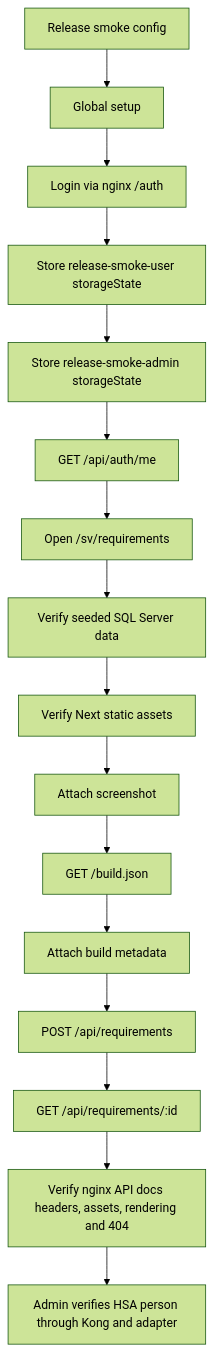
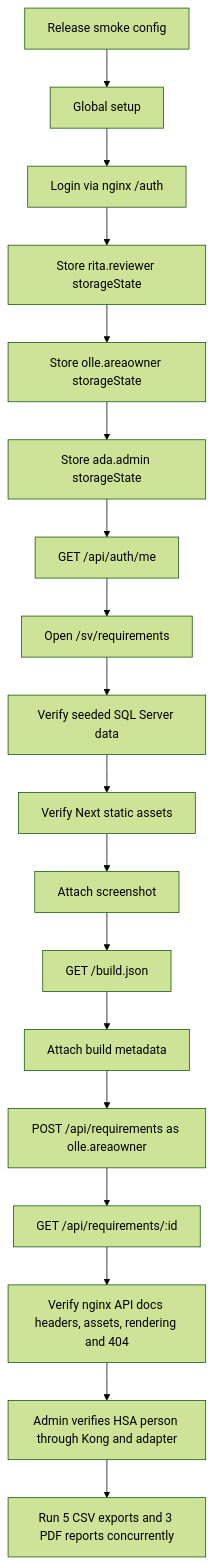
The first of 4 diagrams in tests/release-smoke/release-smoke.md (johlju/Kravhantering), drawn with Mermaid (forest theme) before and after one commit. The commit also changed other lines of this file and 83 other files, not shown here.

````diff
--- a/tests/release-smoke/release-smoke.md
+++ b/tests/release-smoke/release-smoke.md
@@ -38,18 +38,20 @@
 ```mermaid
 flowchart TD
     A[Release smoke config] --> B[Global setup]
     B --> C[Login via nginx /auth]
-    C --> D[Store release-smoke-user storageState]
-    D --> E[Store release-smoke-admin storageState]
-    E --> F[GET /api/auth/me]
-    F --> G[Open /sv/requirements]
-    G --> H[Verify seeded SQL Server data]
-    H --> I[Verify Next static assets]
-    I --> J[Attach screenshot]
-    J --> K[GET /build.json]
-    K --> L[Attach build metadata]
-    L --> M[POST /api/requirements]
-    M --> N[GET /api/requirements/:id]
-    N --> O[Verify nginx API docs headers, assets, rendering and 404]
-    O --> P[Admin verifies HSA person through Kong and adapter]
+    C --> D[Store rita.reviewer storageState]
+    D --> E[Store olle.areaowner storageState]
+    E --> F[Store ada.admin storageState]
+    F --> G[GET /api/auth/me]
+    G --> H[Open /sv/requirements]
+    H --> I[Verify seeded SQL Server data]
+    I --> J[Verify Next static assets]
+    J --> K[Attach screenshot]
+    K --> L[GET /build.json]
+    L --> M[Attach build metadata]
+    M --> N[POST /api/requirements as olle.areaowner]
+    N --> O[GET /api/requirements/:id]
+    O --> P[Verify nginx API docs headers, assets, rendering and 404]
+    P --> Q[Admin verifies HSA person through Kong and adapter]
+    Q --> R[Run 5 CSV exports and 3 PDF reports concurrently]
 ```
````
